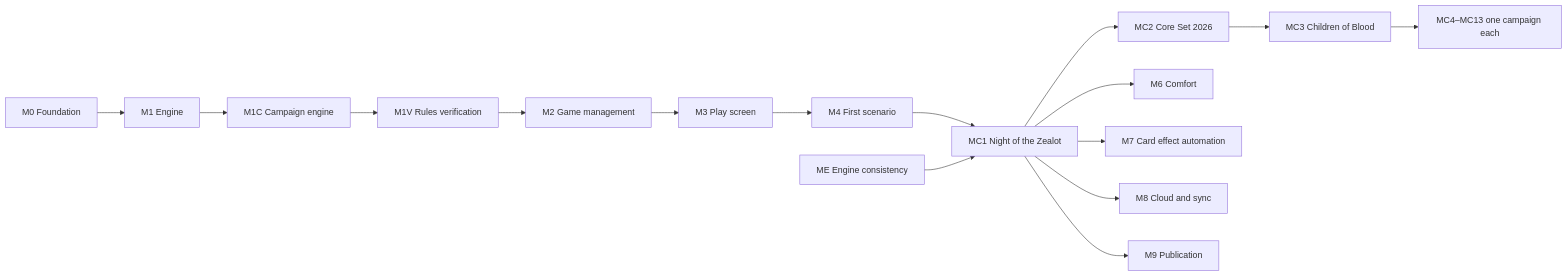
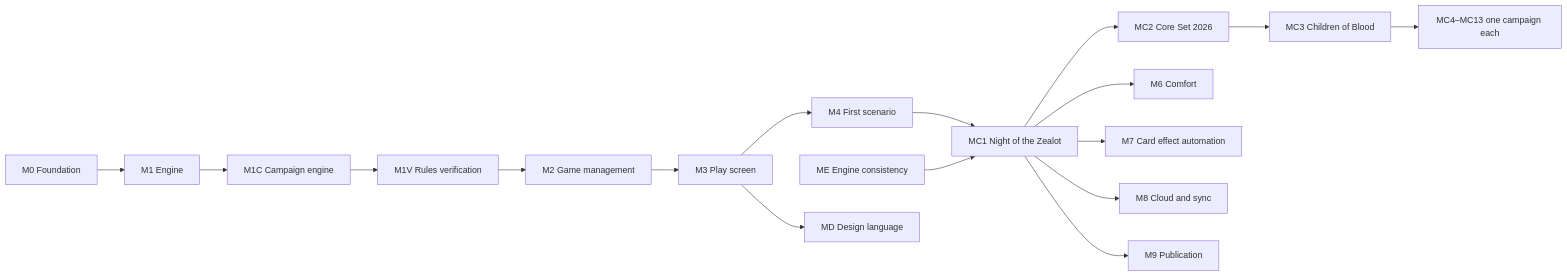
Before and after one commit to macandy13/arkham-companion: the diagram in docs/product.md, drawn with Mermaid. The commit also changed other lines of this file and 6 other files, not shown here.

First line of the commit message:
docs: add the design language prototype and design (MD.0)

````diff
--- a/docs/product.md
+++ b/docs/product.md
@@ -65,10 +65,11 @@
 ```mermaid
 flowchart LR
   M0[M0 Foundation] --> M1[M1 Engine] --> M1C[M1C Campaign engine] --> M1V[M1V Rules verification] --> M2[M2 Game management] --> M3[M3 Play screen] --> M4[M4 First scenario] --> MC1[MC1 Night of the Zealot]
   ME[ME Engine consistency] --> MC1
   MC1 --> MC2[MC2 Core Set 2026] --> MC3[MC3 Children of Blood] --> MCn[MC4–MC13 one campaign each]
   MC1 --> M6[M6 Comfort]
   MC1 --> M7[M7 Card effect automation]
   MC1 --> M8[M8 Cloud and sync]
   MC1 --> M9[M9 Publication]
+  M3 --> MD[MD Design language]
 ```
````
